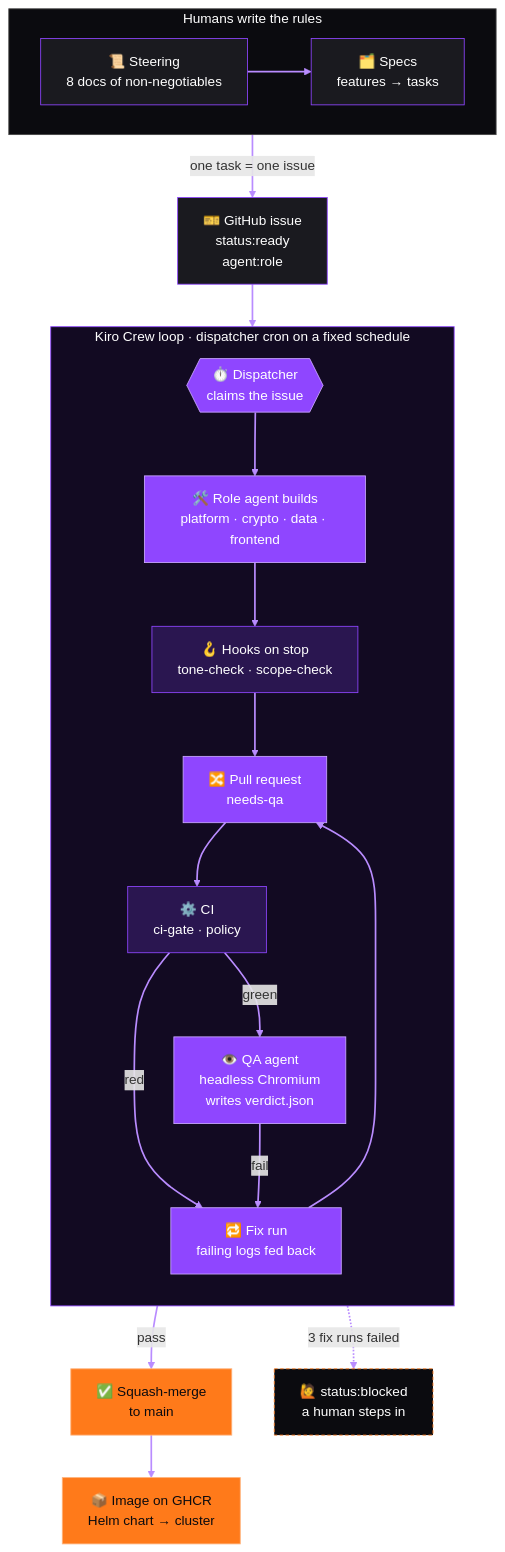
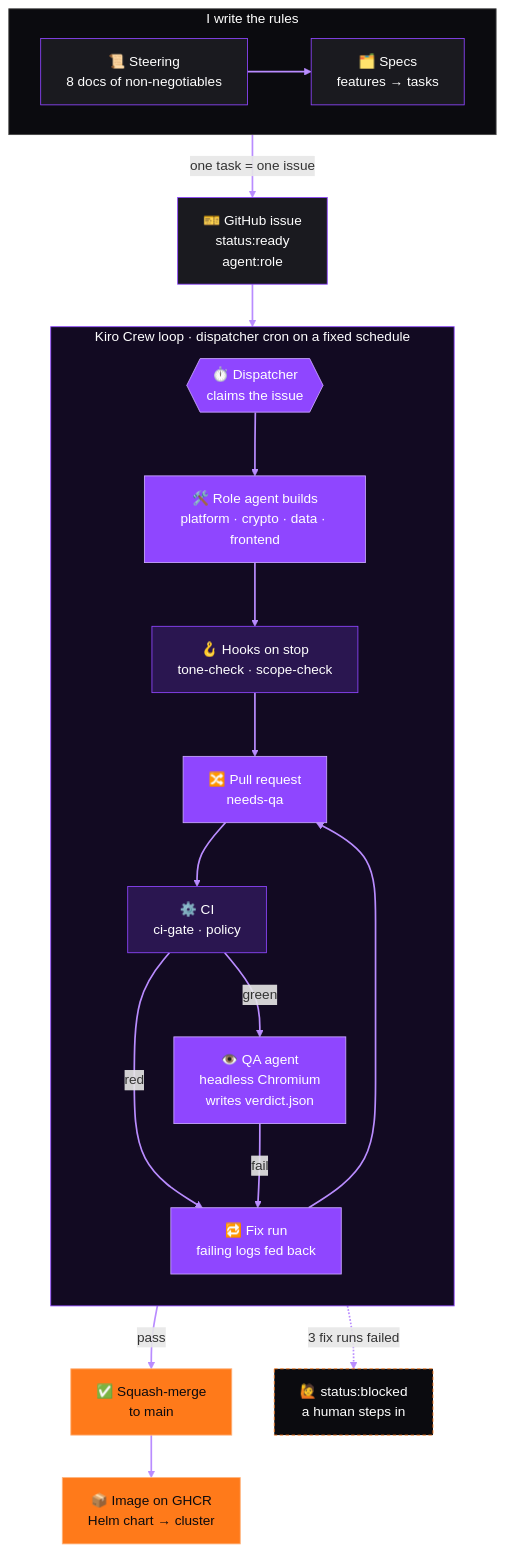
The diagram in README.md (devclef/Revenant), drawn with Mermaid before and after one commit. The commit also changed other lines of this file and 1 other file, not shown here.

Commit message:
[owner] README: Kiroween label on its own line, school line, diagram label; write-up counts at a8bd7e1

````diff
--- a/README.md
+++ b/README.md
@@ -81,49 +83,49 @@
 ```mermaid
 flowchart TB
-    subgraph HUMANS["Humans write the rules"]
+    subgraph HUMANS["I write the rules"]
         direction LR
         STEER["📜 Steering<br/>8 docs of non-negotiables"]
         SPEC["🗂️ Specs<br/>features → tasks"]
         STEER --> SPEC
     end
 
     ISSUE["🎫 GitHub issue<br/>status:ready<br/>agent:role"]
 
     subgraph LOOP["Kiro Crew loop · dispatcher cron on a fixed schedule"]
         direction TB
         DISPATCH{{"⏱️ Dispatcher<br/>claims the issue"}}
         DEV["🛠️ Role agent builds<br/>platform · crypto · data · frontend"]
         HOOKS["🪝 Hooks on stop<br/>tone-check · scope-check"]
         PR["🔀 Pull request<br/>needs-qa"]
         CI["⚙️ CI<br/>ci-gate · policy"]
         QA["👁️ QA agent<br/>headless Chromium<br/>writes verdict.json"]
         FIX["🔁 Fix run<br/>failing logs fed back"]
         DISPATCH --> DEV --> HOOKS --> PR --> CI
         CI -- green --> QA
         CI -- red --> FIX
         QA -- fail --> FIX
         FIX --> PR
     end
 
     MERGE["✅ Squash-merge<br/>to main"]
     SHIP["📦 Image on GHCR<br/>Helm chart → cluster"]
     HUMAN["🙋 status:blocked<br/>a human steps in"]
 
     SPEC -- "one task = one issue" --> ISSUE --> DISPATCH
     QA -- pass --> MERGE --> SHIP
     FIX -. "3 fix runs failed" .-> HUMAN
 
     classDef human fill:#1a1a1f,stroke:#8F46FF,color:#ffffff
     classDef loop fill:#8F46FF,stroke:#c9a7ff,color:#ffffff
     classDef gate fill:#2a1650,stroke:#8F46FF,color:#ffffff
     classDef win fill:#ff7a1a,stroke:#ffb27a,color:#0b0b0f
     classDef stop fill:#0b0b0f,stroke:#ff7a1a,color:#ffffff,stroke-dasharray:4 3
     class STEER,SPEC,ISSUE human
     class DISPATCH,DEV,PR,QA,FIX loop
     class HOOKS,CI gate
     class MERGE,SHIP win
     class HUMAN stop
     style HUMANS fill:#0b0b0f,stroke:#444,color:#ffffff
     style LOOP fill:#120a22,stroke:#8F46FF,color:#ffffff
     linkStyle default stroke:#b98cff,stroke-width:2px
 ```
````
